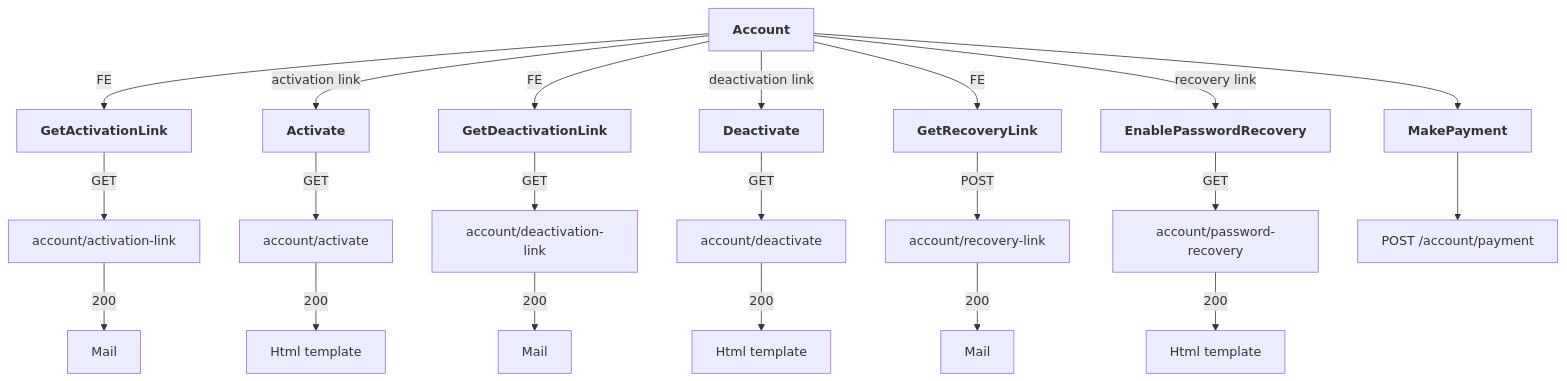
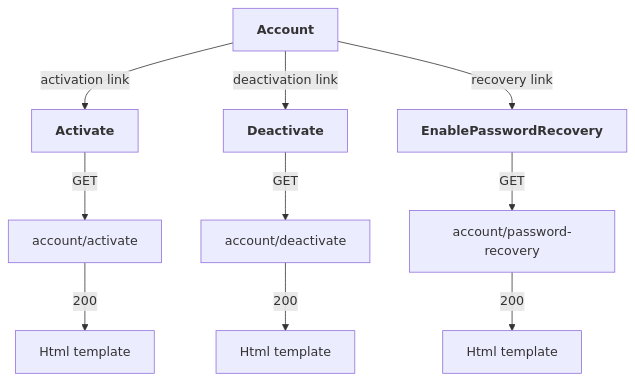
The second of 10 diagrams in README.md (Karmello/ask-the-world-api), drawn with Mermaid before and after one commit. The commit also changed other lines of this file, not shown here.

````diff
--- a/README.md
+++ b/README.md
@@ -7,10 +16,6 @@
 ```mermaid
 flowchart
-ROOT[<b>Account</b>] --> |FE|A1[<b>GetActivationLink</b>] --> |GET|A2[account/activation-link]  --> |200|A3[Mail]
-ROOT --> |activation link|B1[<b>Activate</b>] --> |GET|B2[account/activate] --> |200|B3[Html template]
-ROOT --> |FE|C1[<b>GetDeactivationLink</b>] --> |GET|C2[account/deactivation-link] --> |200|C3[Mail]
-ROOT --> |deactivation link|D1[<b>Deactivate</b>] --> |GET|D2[account/deactivate] --> |200|D3[Html template]
-ROOT --> |FE|E1[<b>GetRecoveryLink</b>] --> |POST|E2[account/recovery-link] --> |200|E3[Mail]
-ROOT --> |recovery link|F1[<b>EnablePasswordRecovery</b>] --> |GET|F2[account/password-recovery] --> |200|F3[Html template]
-ROOT --> G1[<b>MakePayment</b>] --> G2[POST /account/payment]
+ROOT[<b>Account</b>] --> |activation link|A1[<b>Activate</b>] --> |GET|A2[account/activate] --> |200|A3[Html template]
+ROOT --> |deactivation link|B1[<b>Deactivate</b>] --> |GET|B2[account/deactivate] --> |200|B3[Html template]
+ROOT --> |recovery link|C1[<b>EnablePasswordRecovery</b>] --> |GET|C2[account/password-recovery] --> |200|C3[Html template]
 ```
````
